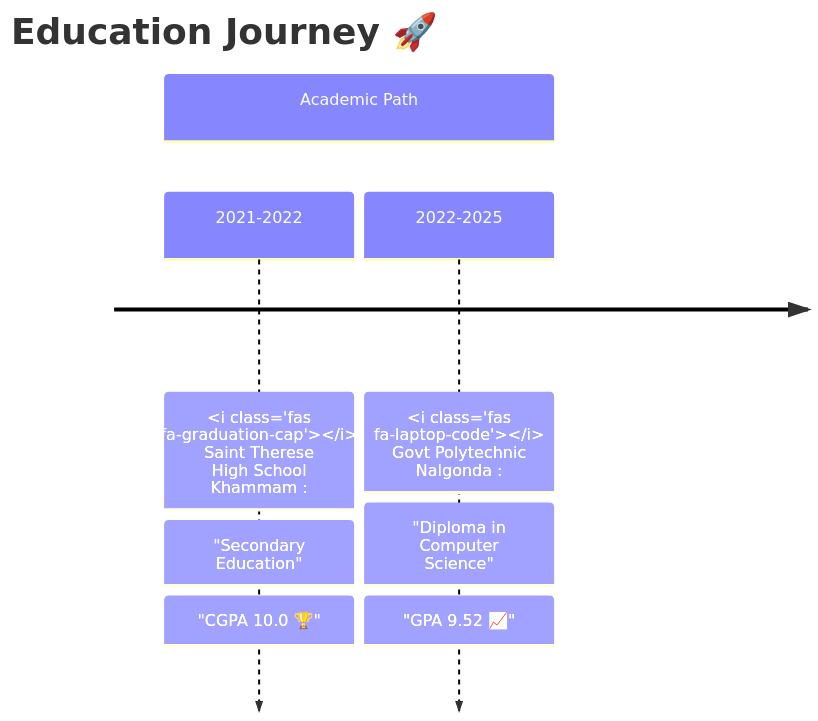
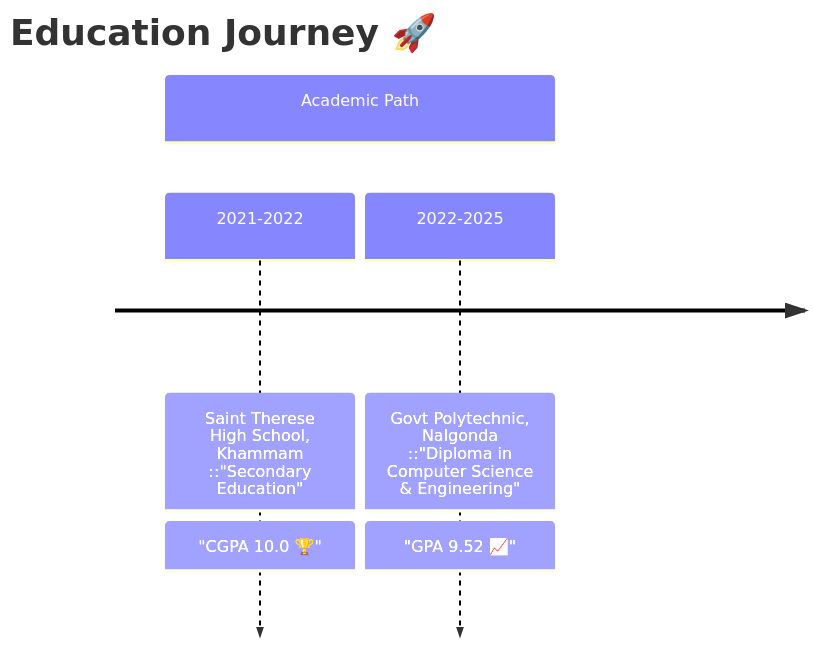
One commit to goutham037/goutham037 changed the diagram in README.md. Above: the diagram before and after it, drawn with Mermaid.

````diff
--- a/README.md
+++ b/README.md
@@ -43,41 +43,40 @@
 ```mermaid
 %%{init: { 
     'theme': 'base',
     'themeVariables': {
         'primaryColor': '#0f172a',
         'primaryBorderColor': '#00FFE0',
         'primaryTextColor': '#f8fafc',
         'lineColor': '#00FFE0',
         'tertiaryColor': '#1e293b',
         'fontFamily': 'Fira Code, monospace'
     },
     'themeCSS': `
         .timeline .section {
             fill: #0ea5e9 !important;
             stroke: none !important;
         }
         .timeline .label {
             font-weight: 700;
             text-transform: uppercase;
             letter-spacing: 1px;
         }
         .timeline .milestone {
             transform-box: fill-box;
             transform-origin: center;
             animation: pulse 2s infinite;
         }
         @keyframes pulse {
             0% { r: 6px; }
             50% { r: 8px; }
             100% { r: 6px; }
         }
     `
 }}%%
 timeline
     title Education Journey 🚀
     section Academic Path
-    2021-2022 : <i class='fas fa-graduation-cap'></i> Saint Therese High School Khammam ::
-        "Secondary Education" : "CGPA 10.0 🏆"
-    2022-2025 : <i class='fas fa-laptop-code'></i> Govt Polytechnic Nalgonda ::
-        "Diploma in Computer Science" : "GPA 9.52 📈"
+    2021-2022 : Saint Therese High School, Khammam ::"Secondary Education" : "CGPA 10.0 🏆"
+    2022-2025 : Govt Polytechnic, Nalgonda ::"Diploma in Computer Science & Engineering" : "GPA 9.52 📈"
+
 ```
````
